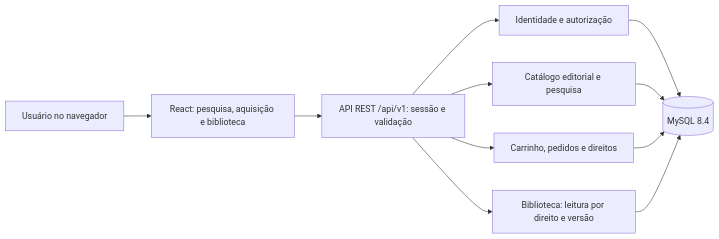
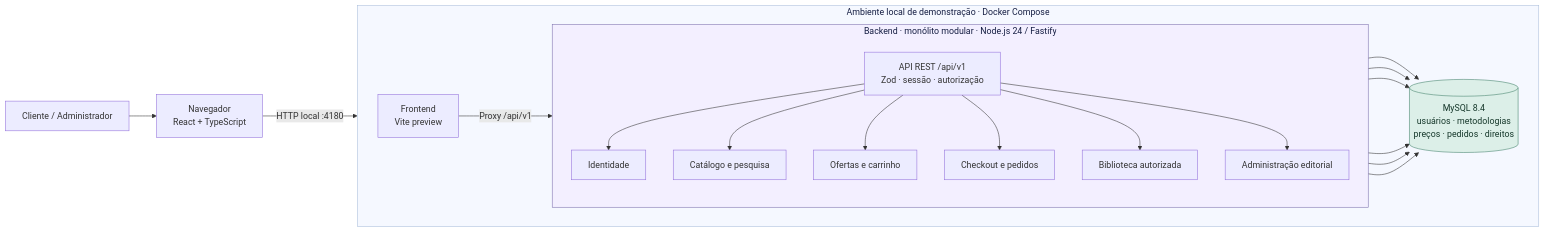
The first of 2 diagrams in docs/academico/ARQUITETURA-E-MODELO.md (dernivaljr/wiki-chem), drawn with Mermaid before and after one commit. The commit also changed other lines of this file, not shown here.

Commit message:
docs(academic): align architecture figure with React proxy, modular API, MySQL and Docker

````diff
--- a/docs/academico/ARQUITETURA-E-MODELO.md
+++ b/docs/academico/ARQUITETURA-E-MODELO.md
@@ -5,13 +11,28 @@
 ```mermaid
 flowchart LR
-  U["Usuário no navegador"] --> F["React: pesquisa, aquisição e biblioteca"]
-  F --> A["API REST /api/v1: sessão e validação"]
-  A --> I["Identidade e autorização"]
-  A --> C["Catálogo editorial e pesquisa"]
-  A --> E["Carrinho, pedidos e direitos"]
-  A --> L["Biblioteca: leitura por direito e versão"]
-  I --> M[("MySQL 8.4")]
-  C --> M
-  E --> M
-  L --> M
+  P["Cliente / Administrador"] --> R["Navegador<br/>React + TypeScript"]
+
+  subgraph D["Ambiente local de demonstração · Docker Compose"]
+    direction LR
+    F["Frontend<br/>Vite preview"]
+    subgraph B["Backend · monólito modular · Node.js 24 / Fastify"]
+      direction TB
+      A["API REST /api/v1<br/>Zod · sessão · autorização"]
+      I["Identidade"]
+      C["Catálogo e pesquisa"]
+      E["Ofertas e carrinho"]
+      O["Checkout e pedidos"]
+      L["Biblioteca autorizada"]
+      AD["Administração editorial"]
+      A --> I & C & E & O & L & AD
+    end
+    DB[("MySQL 8.4<br/>usuários · metodologias<br/>preços · pedidos · direitos")]
+    F -->|"Proxy /api/v1"| A
+    I & C & E & O & L & AD --> DB
+  end
+
+  R -->|"HTTP local :4180"| F
+  style B fill:#F3EFFF,stroke:#7B6EAC,color:#151E43
+  style D fill:#F5F8FF,stroke:#ABBEDB,color:#151E43
+  style DB fill:#DCEFE8,stroke:#43806B,color:#16382B
 ```
````
